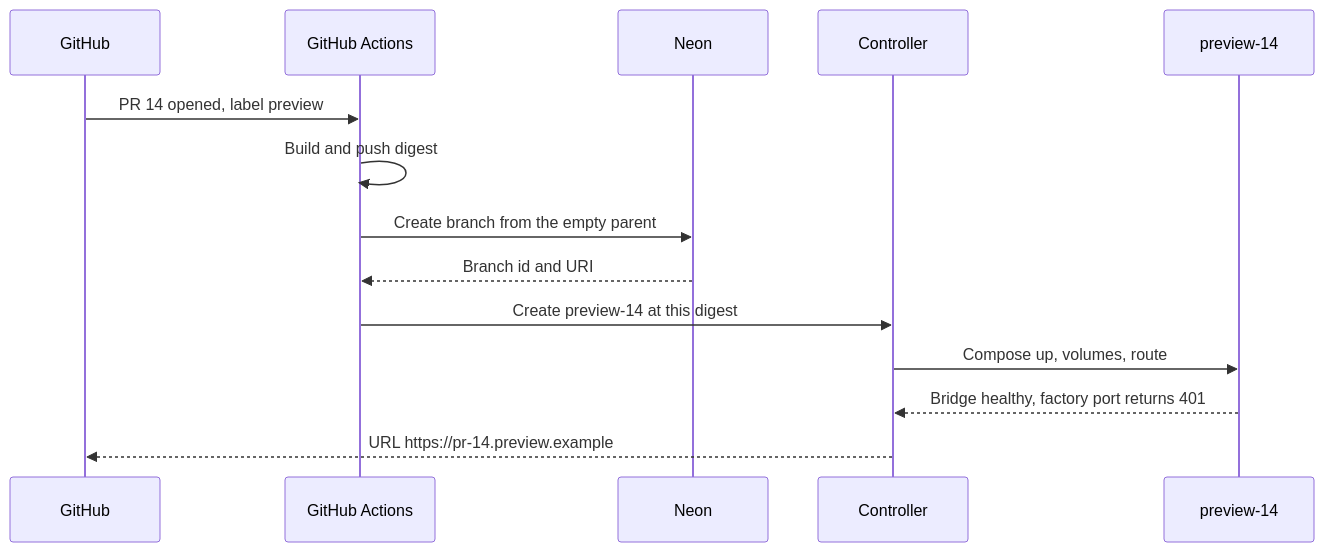
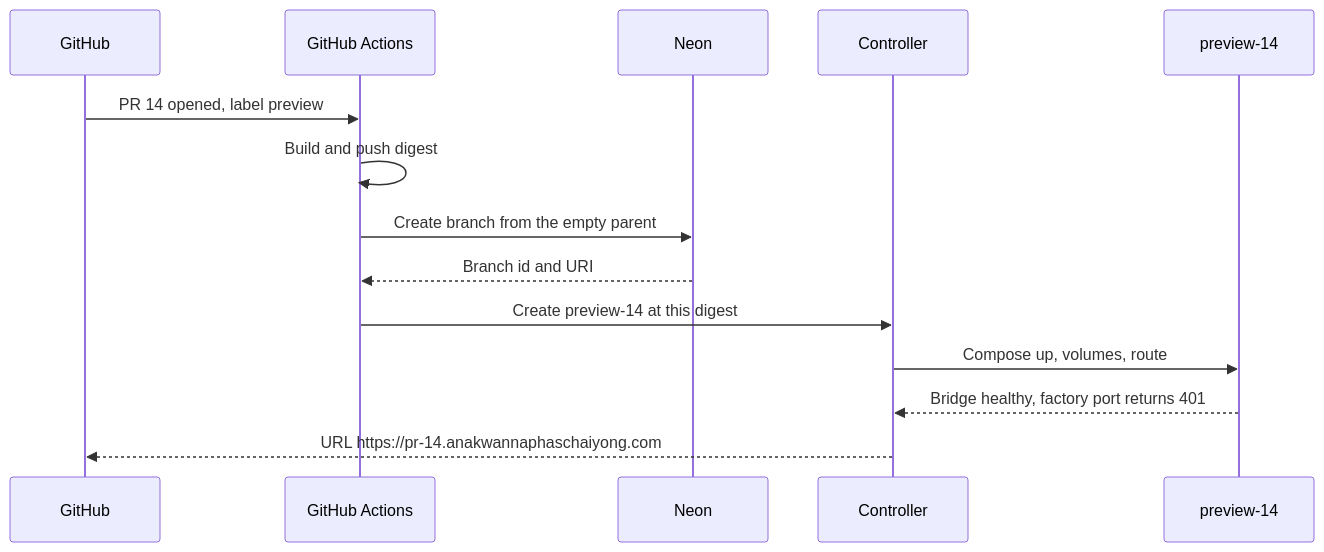
Before and after one commit to Awannaphasch2016/dyad: the fourth of 9 diagrams in plans/preview-environments.md, drawn with Mermaid. The commit also changed other lines of this file, not shown here.

First line of the commit message:
Record the Namespace Devbox and preview hostname.

````diff
--- a/plans/preview-environments.md
+++ b/plans/preview-environments.md
@@ -373,16 +391,16 @@
 ```mermaid
 sequenceDiagram
   participant GH as GitHub
   participant CI as GitHub Actions
   participant Neon
   participant Ctrl as Controller
   participant NS as preview-14
   GH->>CI: PR 14 opened, label preview
   CI->>CI: Build and push digest
   CI->>Neon: Create branch from the empty parent
   Neon-->>CI: Branch id and URI
   CI->>Ctrl: Create preview-14 at this digest
   Ctrl->>NS: Compose up, volumes, route
   NS-->>Ctrl: Bridge healthy, factory port returns 401
-  Ctrl-->>GH: URL https://pr-14.preview.example
+  Ctrl-->>GH: URL https://pr-14.anakwannaphaschaiyong.com
 ```
````
